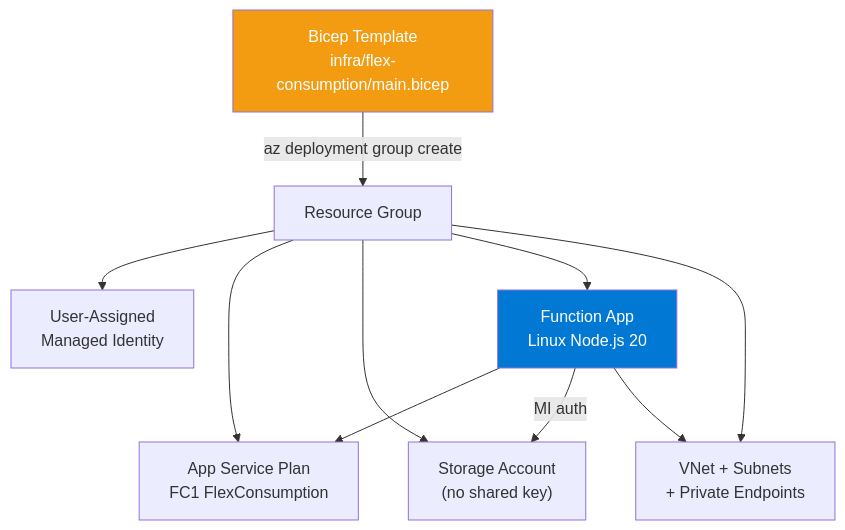
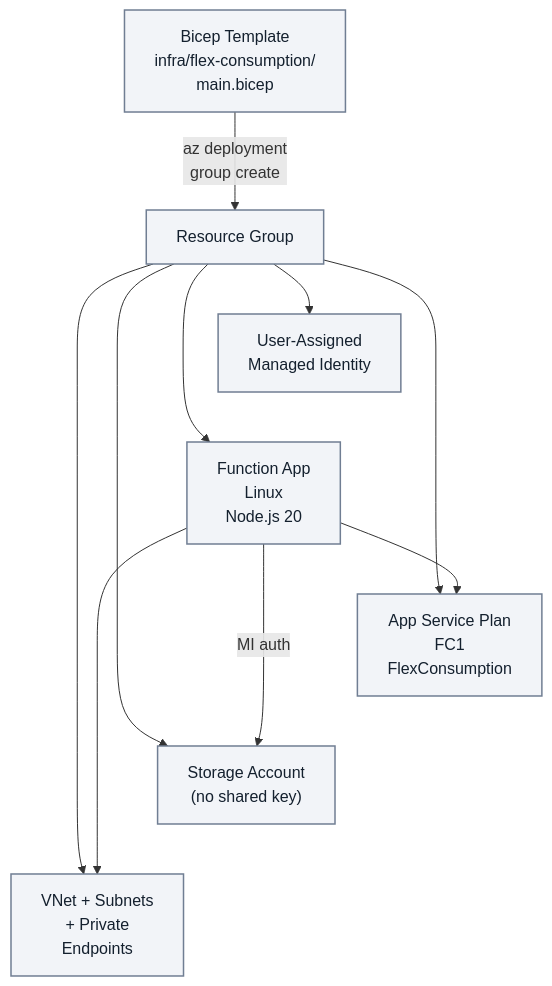
The first of 2 diagrams in docs/language-guides/nodejs/tutorial/flex-consumption/05-infrastructure-as-code.md (yeongseon/azure-functions-practical-guide), drawn with Mermaid before and after one commit. The commit also changed other lines of this file and 4 other files, not shown here.

First line of the commit message:
docs(diagrams): improve Node.js infrastructure tutorial figures (#514)

````diff
--- a/docs/language-guides/nodejs/tutorial/flex-consumption/05-infrastructure-as-code.md
+++ b/docs/language-guides/nodejs/tutorial/flex-consumption/05-infrastructure-as-code.md
@@ -63,15 +65,21 @@
 ```mermaid
 flowchart TD
-    BICEP["Bicep Template\ninfra/flex-consumption/main.bicep"] -->|"az deployment group create"| RG[Resource Group]
-    RG --> MI["User-Assigned\nManaged Identity"]
-    RG --> PLAN["App Service Plan\nFC1 FlexConsumption"]
-    RG --> ST["Storage Account\n(no shared key)"]
-    RG --> FA["Function App\nLinux Node.js 20"]
-    RG --> VNET["VNet + Subnets\n+ Private Endpoints"]
+    accTitle: Node.js Linux Flex Consumption FC1 infrastructure configuration map
+    accDescr: Illustrative provisioning and configuration associations for this Node.js 20 Linux FC1 example, including user-assigned identity, plan, storage and networking. Managed identity and disabled shared keys are this example's configuration; Flex deployment storage can instead use a connection string or managed identity. Arrows are not network hops, app containment in a subnet or serial creation order, and do not certify complete permissions or successful deployment. The runtime label describes the tutorial configuration, not a current support recommendation.
+    BICEP["Bicep Template<br/>infra/flex-consumption/<br/>main.bicep"] -->|"az deployment<br/>group create"| RG[Resource Group]
+    RG --> MI["User-Assigned<br/>Managed Identity"]
+    RG --> PLAN["App Service Plan<br/>FC1<br/>FlexConsumption"]
+    RG --> ST["Storage Account<br/>(no shared key)"]
+    RG --> FA["Function App<br/>Linux<br/>Node.js 20"]
+    RG --> VNET["VNet + Subnets<br/>+ Private<br/>Endpoints"]
     FA --> PLAN
     FA -->|MI auth| ST
     FA --> VNET
 
-    style BICEP fill:#f39c12,color:#fff
-    style FA fill:#0078d4,color:#fff
+    %% Layout-only tiers; add no provisioning dependencies or visible arrows.
+    MI ~~~ FA
+    PLAN ~~~ ST
+    ST ~~~ VNET
+    classDef baseNeutral fill:#f2f4f8,stroke:#707e93,stroke-width:1.5px,color:#14202e;
+    class BICEP,RG,MI,PLAN,ST,FA,VNET baseNeutral;
 ```
````
